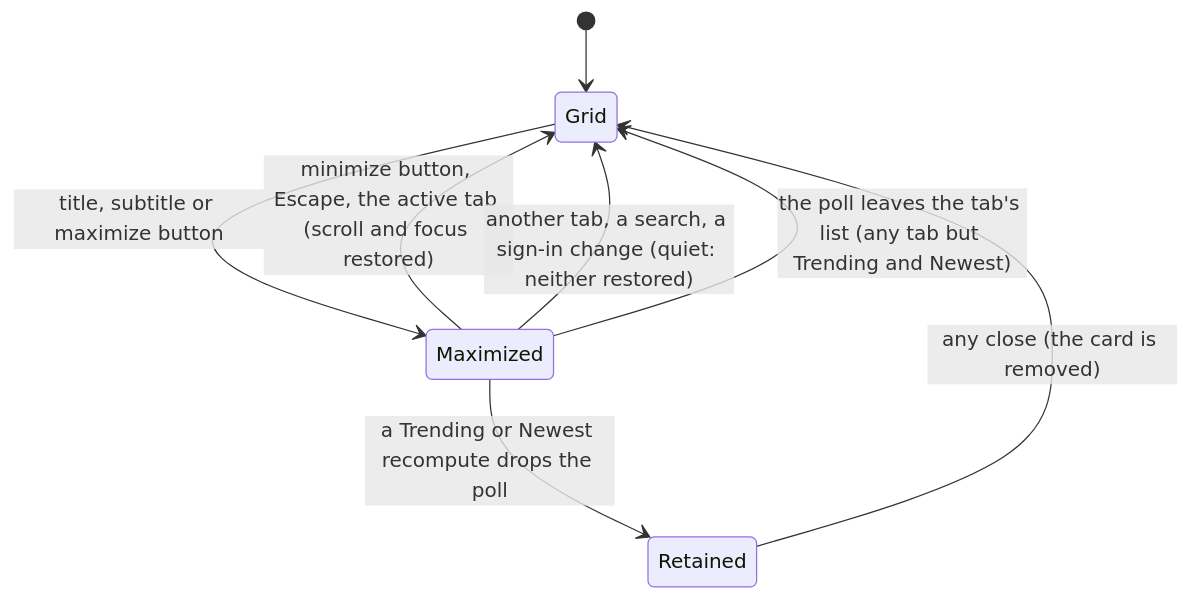
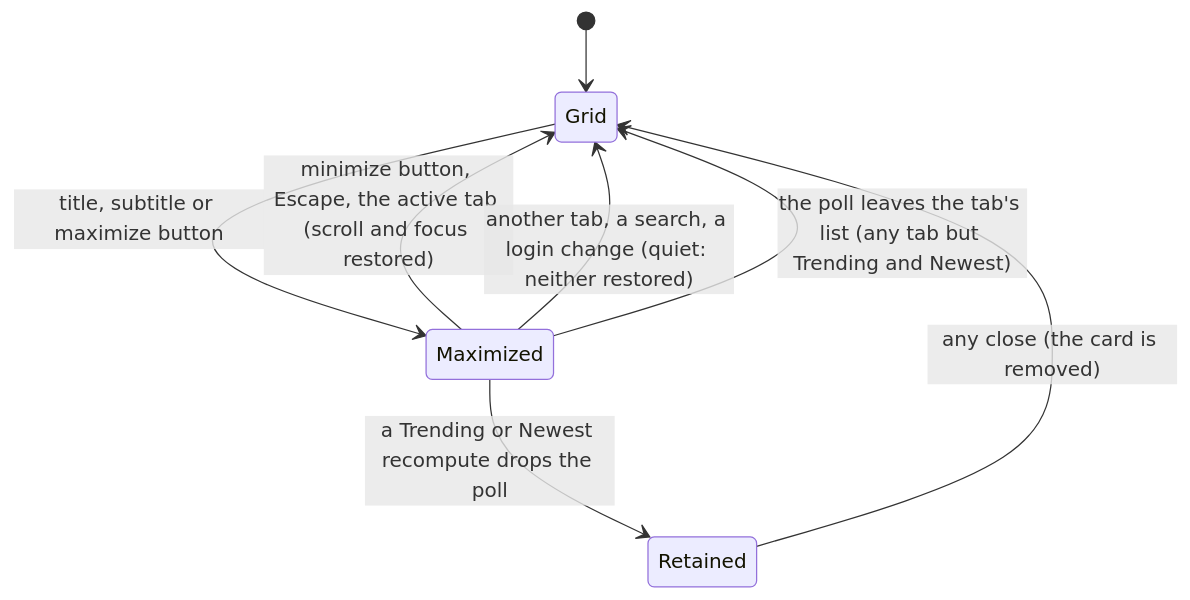
One commit to roadraceresults/crowdpoll changed the ninth of 17 diagrams in ARCHITECTURE.md. Above: the diagram before and after it, drawn with Mermaid. The commit also changed other lines of this file and 166 other files, not shown here.

````diff
--- a/ARCHITECTURE.md
+++ b/ARCHITECTURE.md
@@ -566,10 +566,10 @@
 ```mermaid
 stateDiagram-v2
   [*] --> Grid
   Grid --> Maximized: title, subtitle or maximize button
   Maximized --> Grid: minimize button, Escape, the active tab (scroll and focus restored)
-  Maximized --> Grid: another tab, a search, a sign-in change (quiet: neither restored)
+  Maximized --> Grid: another tab, a search, a login change (quiet: neither restored)
   Maximized --> Grid: the poll leaves the tab's list (any tab but Trending and Newest)
   Maximized --> Retained: a Trending or Newest recompute drops the poll
   Retained --> Grid: any close (the card is removed)
 ```
````
